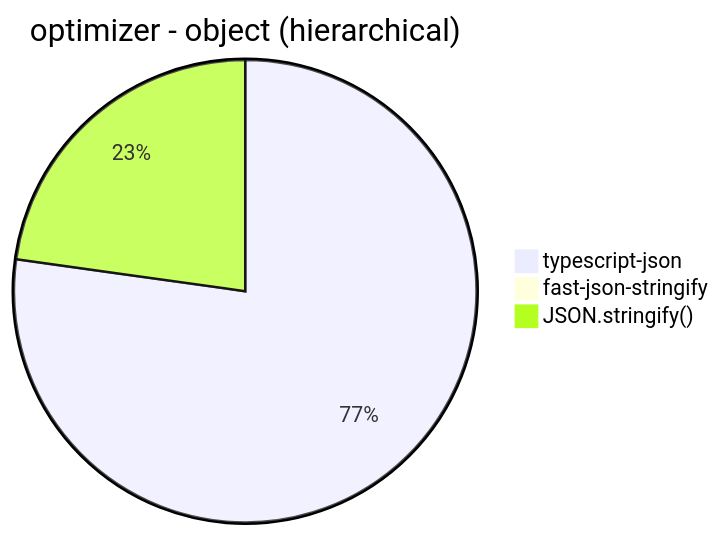
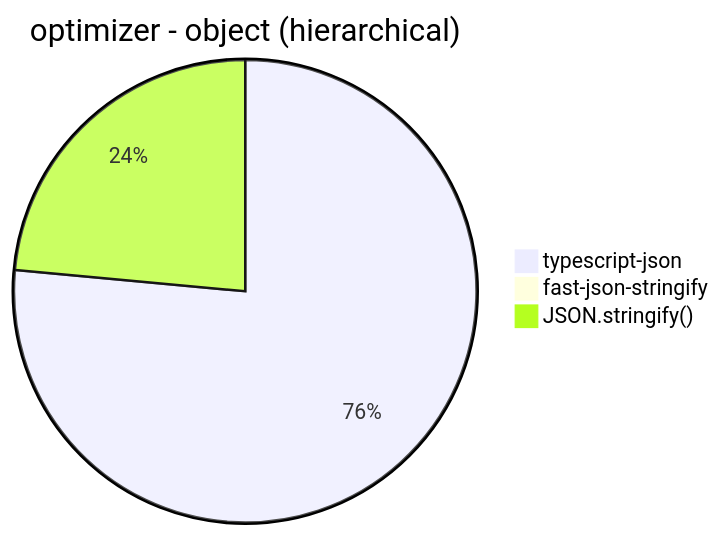
One commit to neklan1205/typescript-json changed diagram 16 of 30 in benchmark/results/Intel(R) Core(TM) i7-6700 CPU @ 3.40GHz.md. Above: the diagram before and after it, drawn with Mermaid. The commit also changed other lines of this file, not shown here.

````diff
--- a/benchmark/results/Intel(R) Core(TM) i7-6700 CPU @ 3.40GHz.md
+++ b/benchmark/results/Intel(R) Core(TM) i7-6700 CPU @ 3.40GHz.md
@@ -166,6 +166,6 @@
 ```mermaid
 pie title optimizer - object (hierarchical)
-  "typescript-json": 4540.319651289502
-  "fast-json-stringify": 0.9324878776575904
-  "JSON.stringify()": 1340.3867201751186
+  "typescript-json": 4365.283151600423
+  "fast-json-stringify": 0.9152480322167307
+  "JSON.stringify()": 1343.4325108853411
 ```
````
